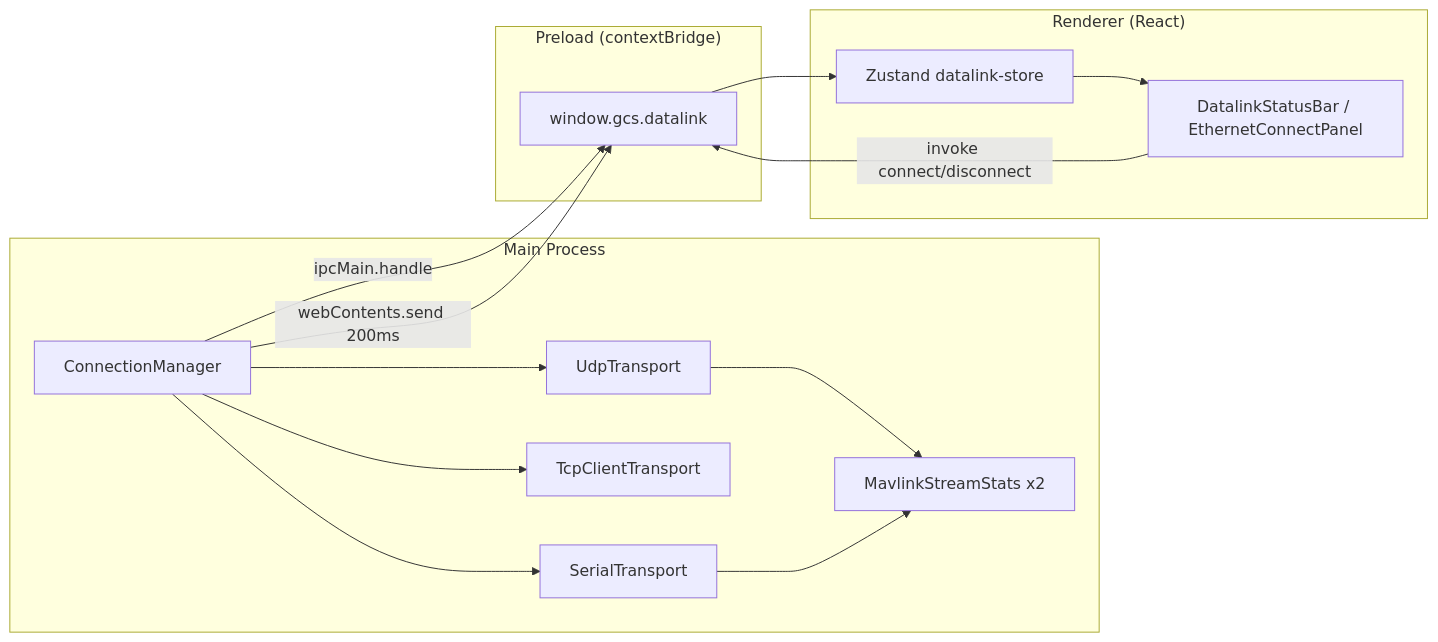
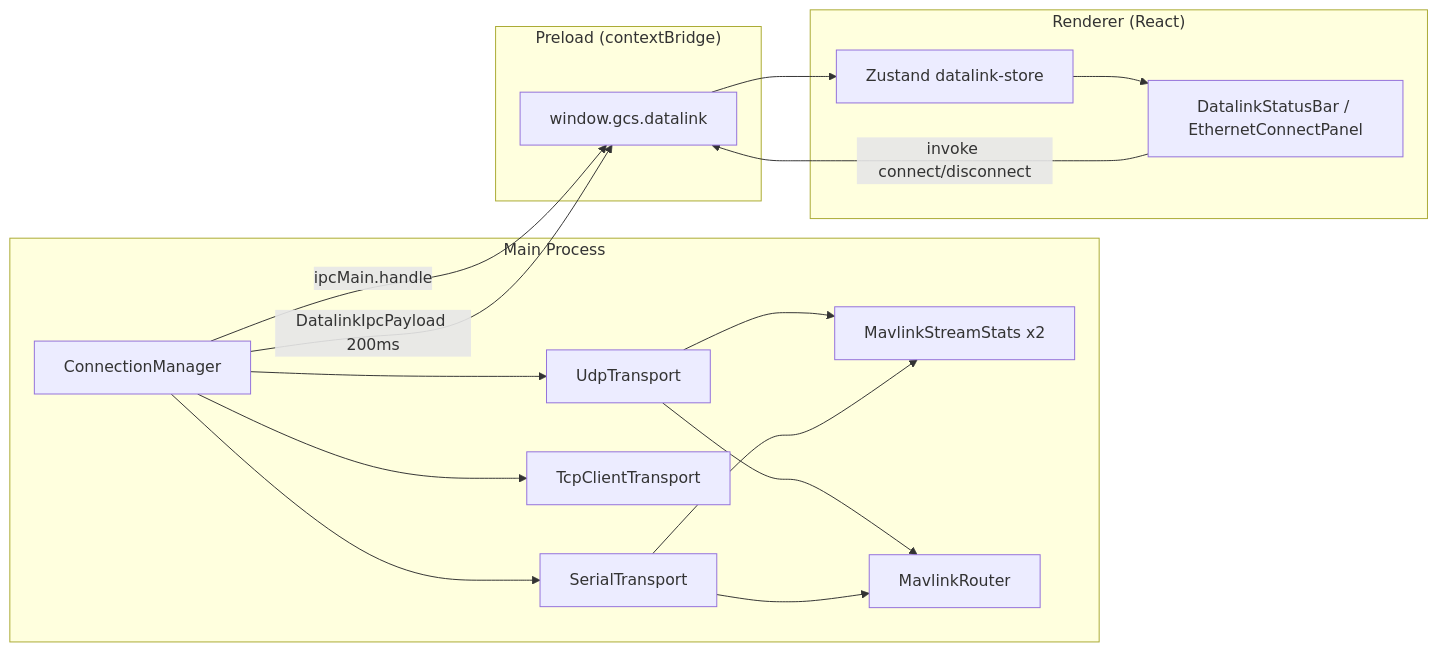
Before and after one commit to zhaot3065/mdt-gcs: the diagram in docs/ARCHITECTURE.md, drawn with Mermaid. The commit also changed other lines of this file and 22 other files, not shown here.

First line of the commit message:
Add MavlinkRouter dual-link dedup and Gemini review pack

````diff
--- a/docs/ARCHITECTURE.md
+++ b/docs/ARCHITECTURE.md
@@ -65,30 +70,33 @@
 ```mermaid
 flowchart LR
   subgraph Main["Main Process"]
     CM[ConnectionManager]
     UDP[UdpTransport]
     TCP[TcpClientTransport]
     SER[SerialTransport]
     STATS[MavlinkStreamStats x2]
+    RTR[MavlinkRouter]
     CM --> UDP
     CM --> TCP
     CM --> SER
     UDP --> STATS
+    UDP --> RTR
     SER --> STATS
+    SER --> RTR
   end
 
   subgraph Preload["Preload (contextBridge)"]
     API[window.gcs.datalink]
   end
 
   subgraph Renderer["Renderer (React)"]
     ZS[Zustand datalink-store]
     UI[DatalinkStatusBar / EthernetConnectPanel]
     ZS --> UI
   end
 
   CM -->|ipcMain.handle| API
-  CM -->|webContents.send 200ms| API
+  CM -->|DatalinkIpcPayload 200ms| API
   API --> ZS
   UI -->|invoke connect/disconnect| API
 ```
````
